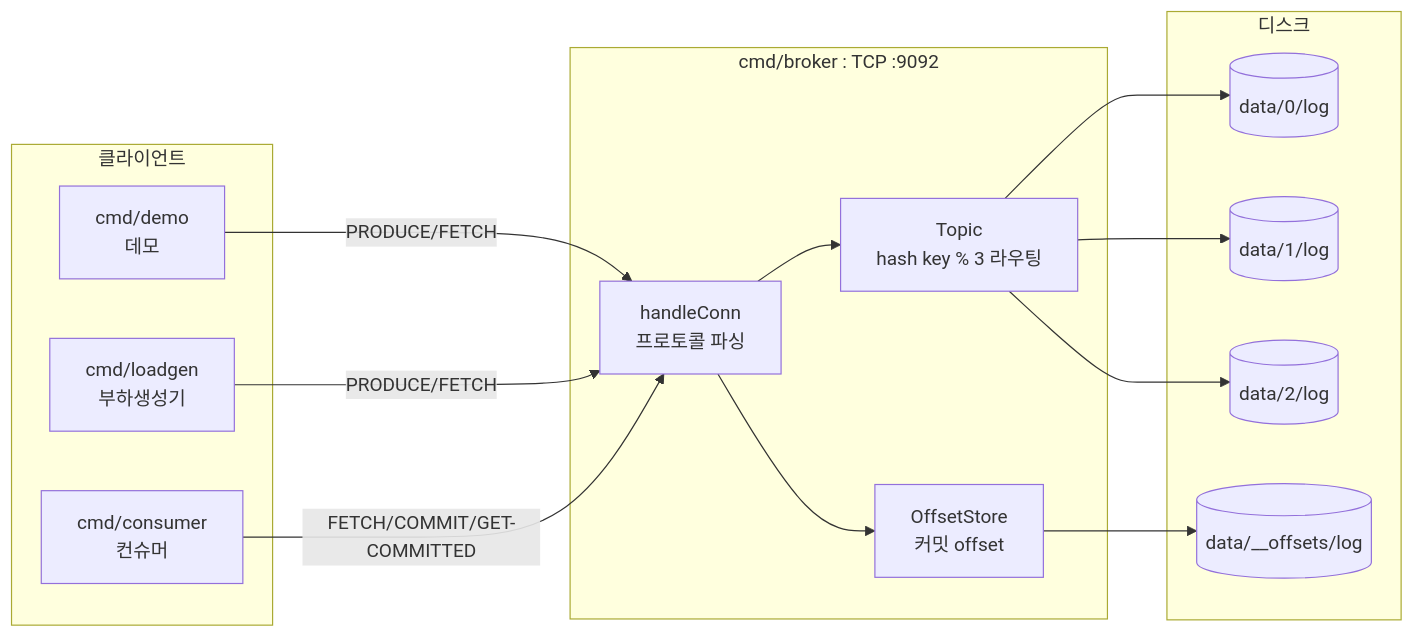
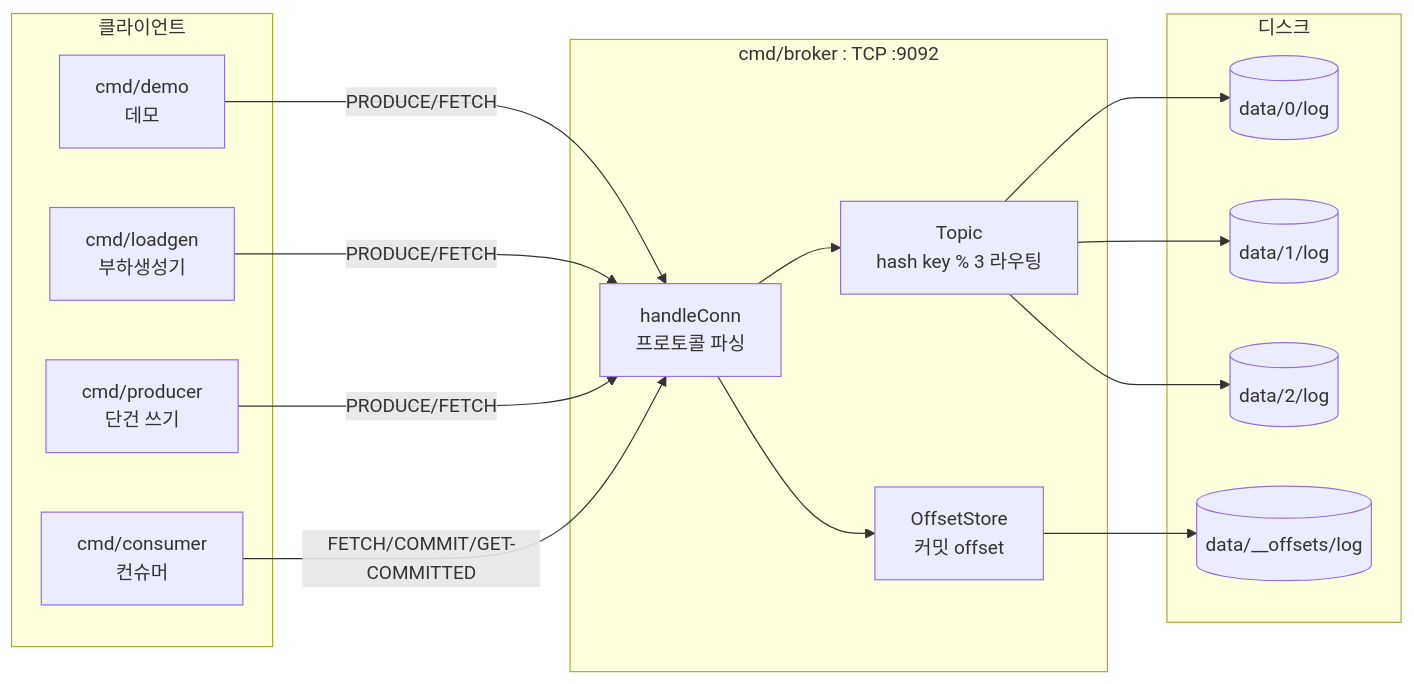
The diagram in README.md (DalecB/MiniKafka), drawn with Mermaid before and after one commit. The commit also changed other lines of this file and 1 other file, not shown here.

Commit message:
feat(producer): add cmd/producer CLI (single produce, symmetric to cmd/consumer)

````diff
--- a/README.md
+++ b/README.md
@@ -19,28 +19,29 @@
 ```mermaid
 flowchart LR
     subgraph clients[클라이언트]
+        PR[cmd/producer<br/>단건 쓰기]
         CLI[cmd/demo<br/>데모]
         LG[cmd/loadgen<br/>부하생성기]
         CO[cmd/consumer<br/>컨슈머]
     end
 
     subgraph broker[cmd/broker : TCP :9092]
         HC[handleConn<br/>프로토콜 파싱]
         TP[Topic<br/>hash key % 3 라우팅]
         OS[OffsetStore<br/>커밋 offset]
     end
 
     subgraph disk[디스크]
         P0[(data/0/log)]
         P1[(data/1/log)]
         P2[(data/2/log)]
         OF[(data/__offsets/log)]
     end
 
-    CLI & LG -->|PRODUCE/FETCH| HC
+    CLI & LG & PR -->|PRODUCE/FETCH| HC
     CO -->|FETCH/COMMIT/GET-COMMITTED| HC
     HC --> TP
     HC --> OS
     TP --> P0 & P1 & P2
     OS --> OF
 ```
````
